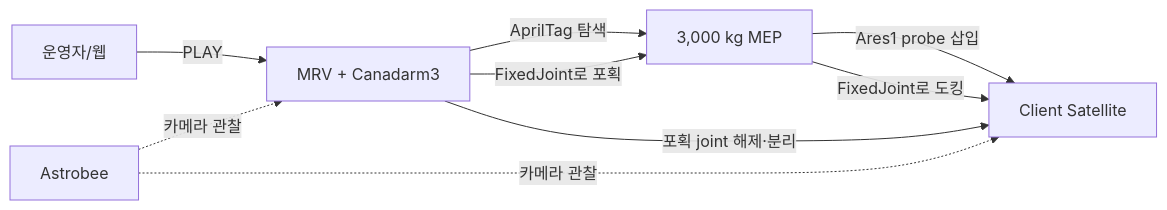
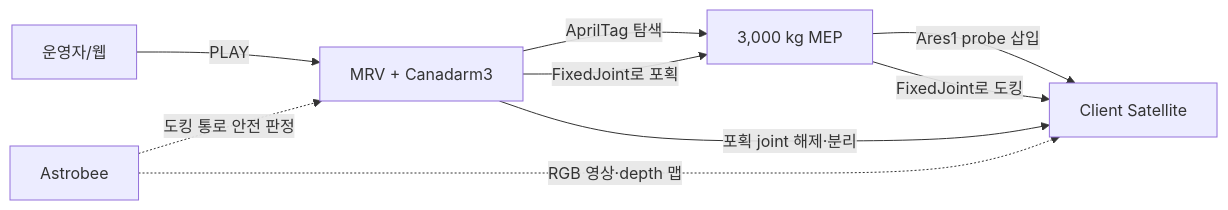
One commit to mi1nn/satellite-mission-extension-system changed the first of 4 diagrams in docs/07_pipeline_implementation_guide.md. Above: the diagram before and after it, drawn with Mermaid. The commit also changed other lines of this file and 14 other files, not shown here.

````diff
--- a/docs/07_pipeline_implementation_guide.md
+++ b/docs/07_pipeline_implementation_guide.md
@@ -19,11 +19,11 @@
 ```mermaid
 flowchart LR
   OP[운영자/웹] -->|PLAY| MRV[MRV + Canadarm3]
   MRV -->|AprilTag 탐색| MEP[3,000 kg MEP]
   MRV -->|FixedJoint로 포획| MEP
   MEP -->|Ares1 probe 삽입| SAT[Client Satellite]
   MEP -->|FixedJoint로 도킹| SAT
   MRV -->|포획 joint 해제·분리| SAT
-  AST[Astrobee] -.카메라 관찰.-> MRV
-  AST -.카메라 관찰.-> SAT
+  AST[Astrobee] -.RGB 영상·depth 맵.-> SAT
+  AST -.도킹 통로 안전 판정.-> MRV
 ```
````
